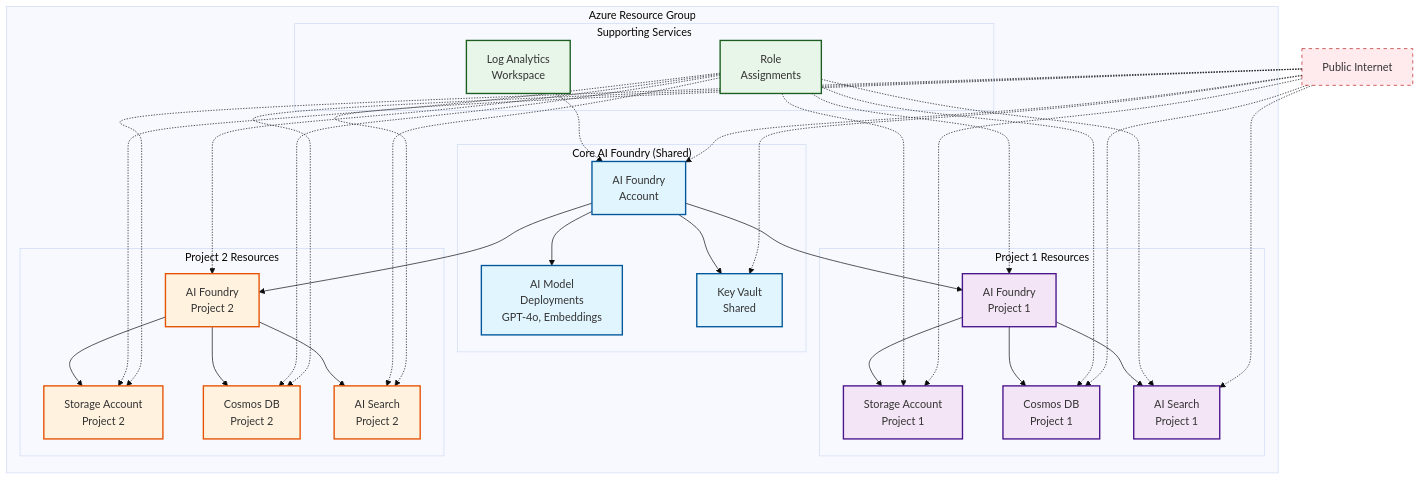
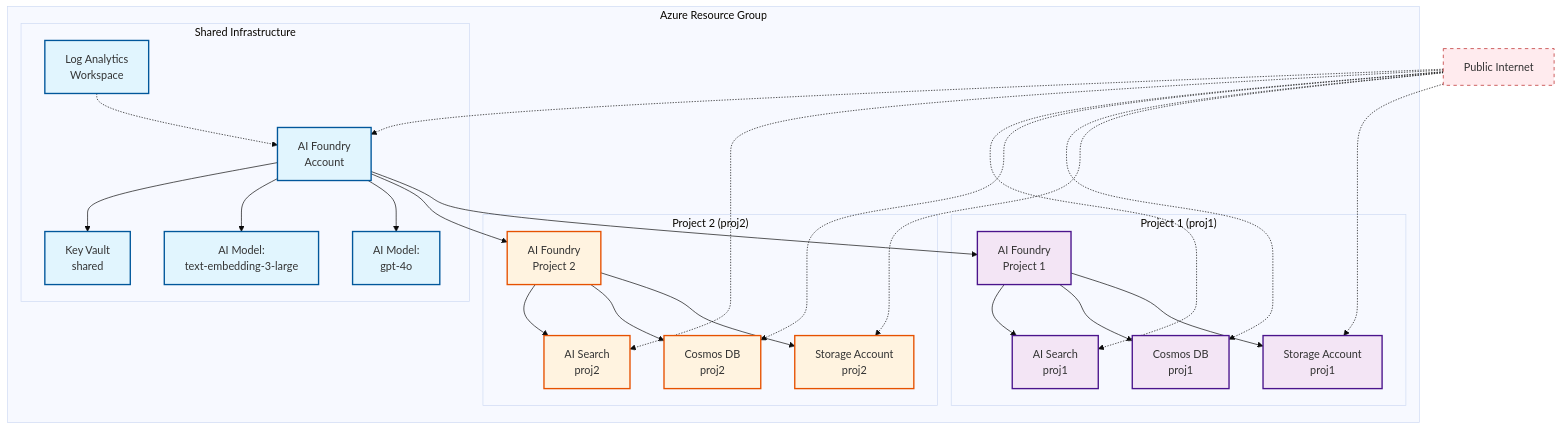
Before and after one commit to pragmatical/foundry-avm-examples: the diagram in standard-public/README.md, drawn with Mermaid (base theme). The commit also changed other lines of this file, not shown here.

Commit message:
updating standard-public readme

````diff
--- a/standard-public/README.md
+++ b/standard-public/README.md
@@ -72,74 +71,58 @@
 ```mermaid
 graph TB
     subgraph "Azure Resource Group"
-        subgraph "Core AI Foundry (Shared)"
+        subgraph "Shared Infrastructure"
             AF[AI Foundry<br/>Account]
-            AMD[AI Model<br/>Deployments<br/>GPT-4o, Embeddings]
-            KV[Key Vault<br/>Shared]
+            KV[Key Vault<br/>shared]
+            AMD1[AI Model:<br/>gpt-4o]
+            AMD2[AI Model:<br/>text-embedding-3-large]
+            LAW[Log Analytics<br/>Workspace]
         end
         
-        subgraph "Project 1 Resources"
+        subgraph "Project 1 (proj1)"
             AFP1[AI Foundry<br/>Project 1]
-            SA1[Storage Account<br/>Project 1]
-            CDB1[Cosmos DB<br/>Project 1]
-            AIS1[AI Search<br/>Project 1]
+            SA1[Storage Account<br/>proj1]
+            CDB1[Cosmos DB<br/>proj1]
+            AIS1[AI Search<br/>proj1]
         end
         
-        subgraph "Project 2 Resources"
+        subgraph "Project 2 (proj2)"
             AFP2[AI Foundry<br/>Project 2]
-            SA2[Storage Account<br/>Project 2]
-            CDB2[Cosmos DB<br/>Project 2]
-            AIS2[AI Search<br/>Project 2]
-        end
-        
-        subgraph "Supporting Services"
-            LAW[Log Analytics<br/>Workspace]
-            RA[Role<br/>Assignments]
+            SA2[Storage Account<br/>proj2]
+            CDB2[Cosmos DB<br/>proj2]
+            AIS2[AI Search<br/>proj2]
         end
     end
     
-    %% Core relationships
     AF --> AFP1
     AF --> AFP2
-    AF --> AMD
+    AF --> AMD1
+    AF --> AMD2
     AF --> KV
     AFP1 --> SA1
     AFP1 --> CDB1
     AFP1 --> AIS1
     AFP2 --> SA2
     AFP2 --> CDB2
     AFP2 --> AIS2
     
-    %% Supporting relationships
     LAW -.-> AF
-    RA -.-> AFP1
-    RA -.-> AFP2
-    RA -.-> SA1
-    RA -.-> SA2
-    RA -.-> CDB1
-    RA -.-> CDB2
-    RA -.-> AIS1
-    RA -.-> AIS2
     
-    %% Public access (no private endpoints)
     INTERNET[Public Internet] -.-> AF
-    INTERNET -.-> KV
     INTERNET -.-> SA1
     INTERNET -.-> SA2
     INTERNET -.-> CDB1
     INTERNET -.-> CDB2
     INTERNET -.-> AIS1
     INTERNET -.-> AIS2
     
     classDef shared fill:#e1f5fe,stroke:#01579b,stroke-width:2px
     classDef proj1 fill:#f3e5f5,stroke:#4a148c,stroke-width:2px
     classDef proj2 fill:#fff3e0,stroke:#e65100,stroke-width:2px
-    classDef support fill:#e8f5e9,stroke:#1b5e20,stroke-width:2px
     classDef access fill:#ffebee,stroke:#b71c1c,stroke-width:1px,stroke-dasharray: 5 5
     
-    class AF,AMD,KV shared
+    class AF,AMD1,AMD2,KV,LAW shared
     class AFP1,SA1,CDB1,AIS1 proj1
     class AFP2,SA2,CDB2,AIS2 proj2
-    class LAW,RA support
     class INTERNET access
 ```
````
